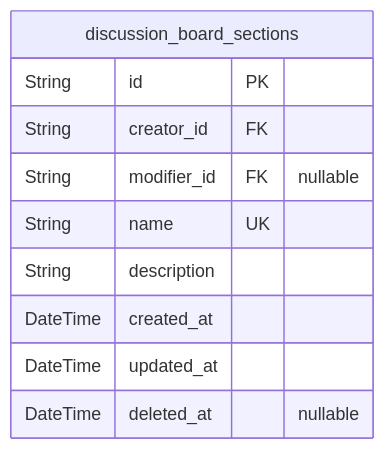
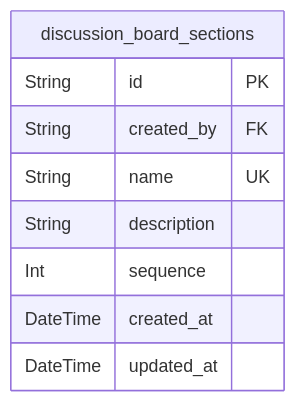
One commit to wrtnlabs/autobe-examples changed the second of 5 diagrams in z-ai/glm-5/bbs/docs/ERD.md. Above: the diagram before and after it, drawn with Mermaid. The commit also changed other lines of this file and 17098 other files, not shown here.

````diff
--- a/z-ai/glm-5/bbs/docs/ERD.md
+++ b/z-ai/glm-5/bbs/docs/ERD.md
@@ -568,13 +492,12 @@
 ```mermaid
 erDiagram
 "discussion_board_sections" {
   String id PK
-  String creator_id FK
-  String modifier_id FK "nullable"
+  String created_by FK
   String name UK
   String description
+  Int sequence
   DateTime created_at
   DateTime updated_at
-  DateTime deleted_at "nullable"
 }
 ```
````
